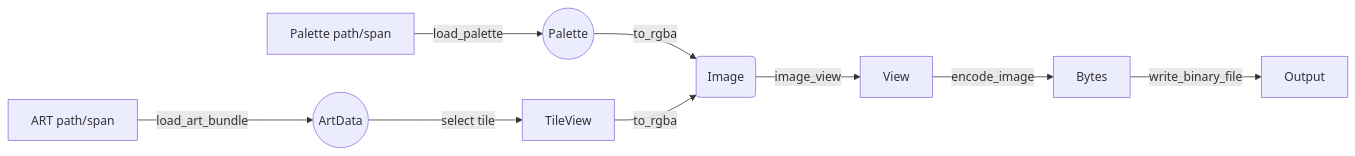
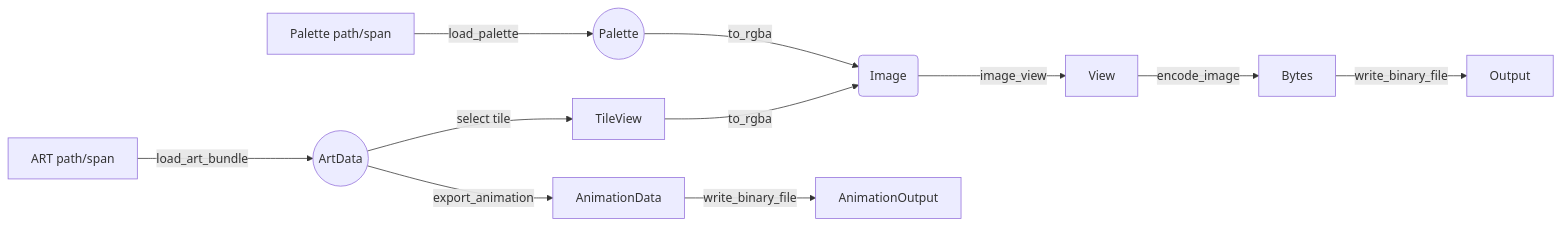
One commit to raulcorreia7/art2img changed the second of 2 diagrams in docs/plan/architecture.md. Above: the diagram before and after it, drawn with Mermaid. The commit also changed other lines of this file and 32 other files, not shown here.

````diff
--- a/docs/plan/architecture.md
+++ b/docs/plan/architecture.md
@@ -87,11 +93,13 @@
 ```mermaid
 graph LR
   P[Palette path/span] -->|load_palette| PaletteRes((Palette))
   A[ART path/span] -->|load_art_bundle| ArtRes((ArtData))
   ArtRes -->|select tile| TileView
   PaletteRes -->|to_rgba| RGBA(Image)
   TileView -->|to_rgba| RGBA
   RGBA -->|image_view| View
   View -->|encode_image| Bytes
   Bytes -->|write_binary_file| Output
+  ArtRes -->|export_animation| AnimationData
+  AnimationData -->|write_binary_file| AnimationOutput
 ```
````
